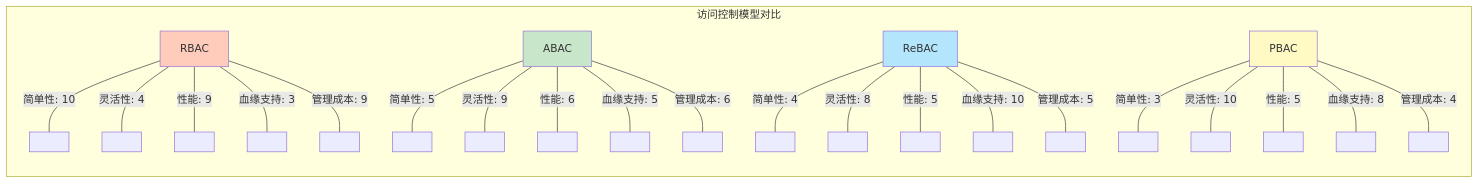
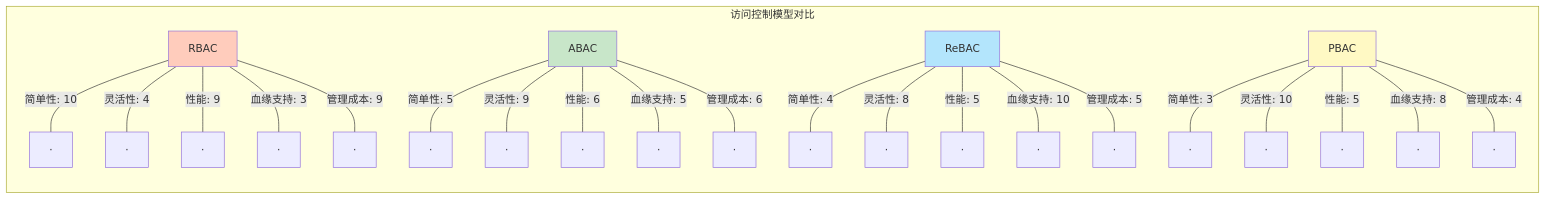
Before and after one commit to AdaMartin18010/AnalysisDataFlow: the first of 4 diagrams in Knowledge/06-frontier/streaming-access-control.md, drawn with Mermaid. The commit also changed other lines of this file and 368 other files, not shown here.

````diff
--- a/Knowledge/06-frontier/streaming-access-control.md
+++ b/Knowledge/06-frontier/streaming-access-control.md
@@ -866,40 +866,40 @@
 ```mermaid
 graph LR
     subgraph Radar["访问控制模型对比"]
         direction TB
 
         RBAC["RBAC"]
         ABAC["ABAC"]
         ReBAC["ReBAC"]
         PBAC["PBAC"]
 
-        RBAC ---|简单性: 10| C1[ ]
-        RBAC ---|灵活性: 4| C2[ ]
-        RBAC ---|性能: 9| C3[ ]
-        RBAC ---|血缘支持: 3| C4[ ]
-        RBAC ---|管理成本: 9| C5[ ]
+        RBAC ---|简单性: 10| C1[·]
+        RBAC ---|灵活性: 4| C2[·]
+        RBAC ---|性能: 9| C3[·]
+        RBAC ---|血缘支持: 3| C4[·]
+        RBAC ---|管理成本: 9| C5[·]
 
-        ABAC ---|简单性: 5| C6[ ]
-        ABAC ---|灵活性: 9| C7[ ]
-        ABAC ---|性能: 6| C8[ ]
-        ABAC ---|血缘支持: 5| C9[ ]
-        ABAC ---|管理成本: 6| C10[ ]
+        ABAC ---|简单性: 5| C6[·]
+        ABAC ---|灵活性: 9| C7[·]
+        ABAC ---|性能: 6| C8[·]
+        ABAC ---|血缘支持: 5| C9[·]
+        ABAC ---|管理成本: 6| C10[·]
 
-        ReBAC ---|简单性: 4| C11[ ]
-        ReBAC ---|灵活性: 8| C12[ ]
-        ReBAC ---|性能: 5| C13[ ]
-        ReBAC ---|血缘支持: 10| C14[ ]
-        ReBAC ---|管理成本: 5| C15[ ]
+        ReBAC ---|简单性: 4| C11[·]
+        ReBAC ---|灵活性: 8| C12[·]
+        ReBAC ---|性能: 5| C13[·]
+        ReBAC ---|血缘支持: 10| C14[·]
+        ReBAC ---|管理成本: 5| C15[·]
 
-        PBAC ---|简单性: 3| C16[ ]
-        PBAC ---|灵活性: 10| C17[ ]
-        PBAC ---|性能: 5| C18[ ]
-        PBAC ---|血缘支持: 8| C19[ ]
-        PBAC ---|管理成本: 4| C20[ ]
+        PBAC ---|简单性: 3| C16[·]
+        PBAC ---|灵活性: 10| C17[·]
+        PBAC ---|性能: 5| C18[·]
+        PBAC ---|血缘支持: 8| C19[·]
+        PBAC ---|管理成本: 4| C20[·]
     end
 
     style RBAC fill:#ffccbc
     style ABAC fill:#c8e6c9
     style ReBAC fill:#b3e5fc
     style PBAC fill:#fff9c4
 ```
````
